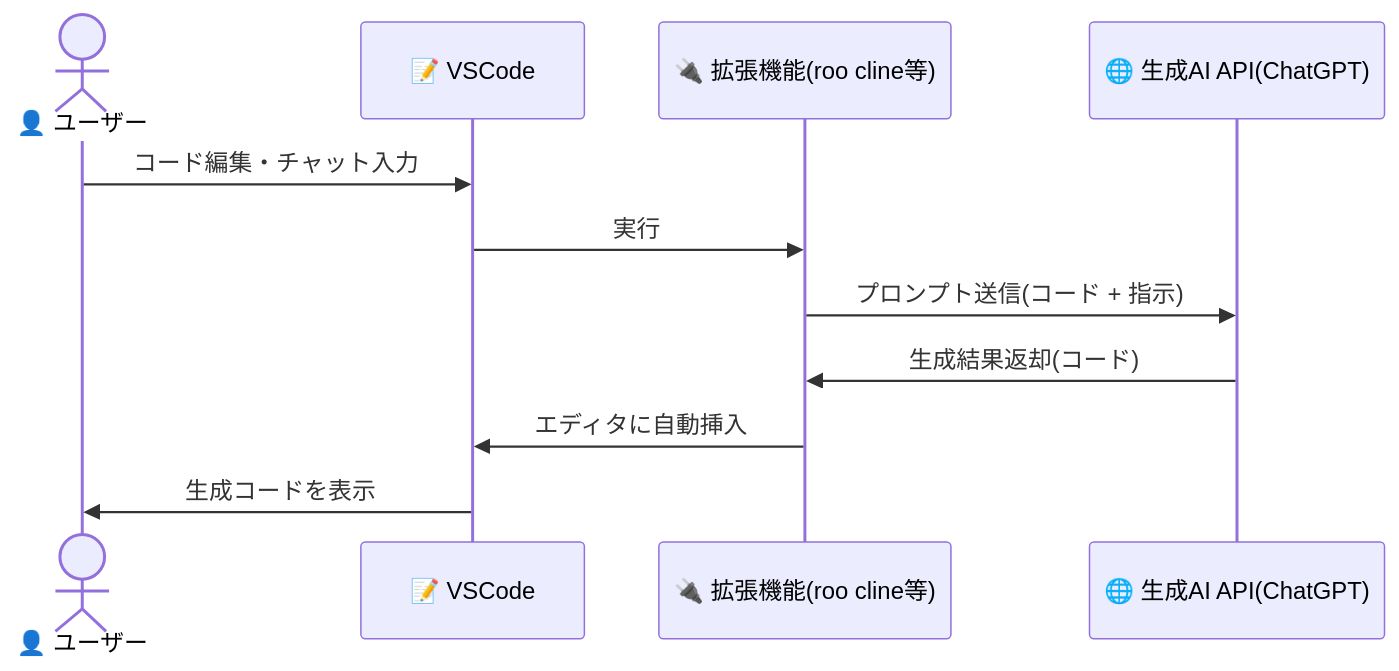
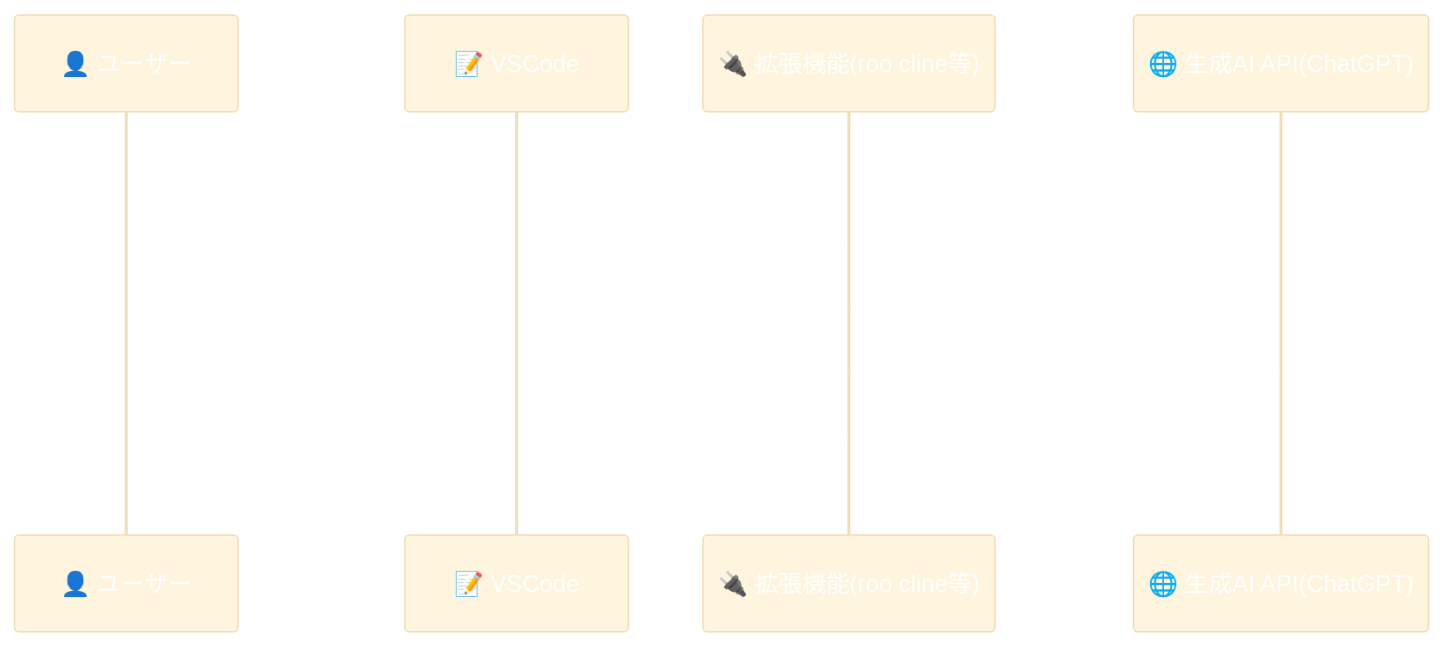
The first of 4 diagrams in vscode-handson-slides.md (sheet00/haagen-dazs-hands-on-03-slide), drawn with Mermaid before and after one commit. The commit also changed other lines of this file and 1 other file, not shown here.

```diff
--- a/vscode-handson-slides.md
+++ b/vscode-handson-slides.md
@@ -301,14 +301,17 @@
 <pre class="mermaid">
 sequenceDiagram
-    actor User as 👤 ユーザー
+    participant User as 👤 ユーザー
     participant VSCode as 📝 VSCode
     participant Plugin as 🔌 拡張機能(roo cline等)
     participant API as 🌐 生成AI API(ChatGPT)
 
     User->>VSCode: コード編集・チャット入力
     VSCode->>Plugin: 実行
     Plugin->>API: プロンプト送信(コード + 指示)
     API->>Plugin: 生成結果返却(コード)
     Plugin->>VSCode: エディタに自動挿入
     VSCode->>User: 生成コードを表示
+
+    %% 文字色を白色に指定
+    %%{init: {'theme':'base', 'themeVariables': { 'primaryTextColor': '#ffffff', 'actorTextColor': '#ffffff', 'participantTextColor': '#ffffff', 'labelTextColor': '#ffffff'}}}%%
 </pre>
```
